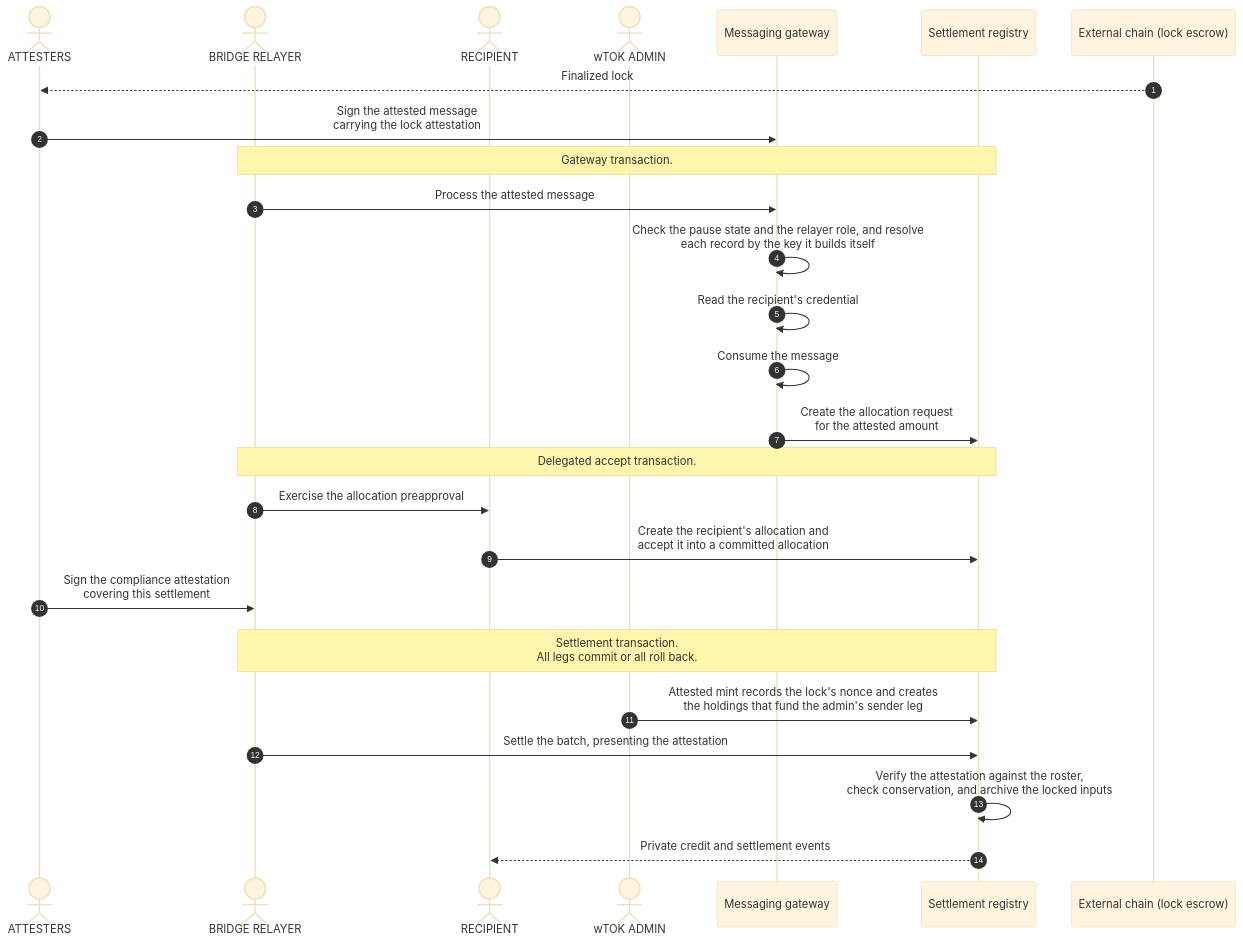
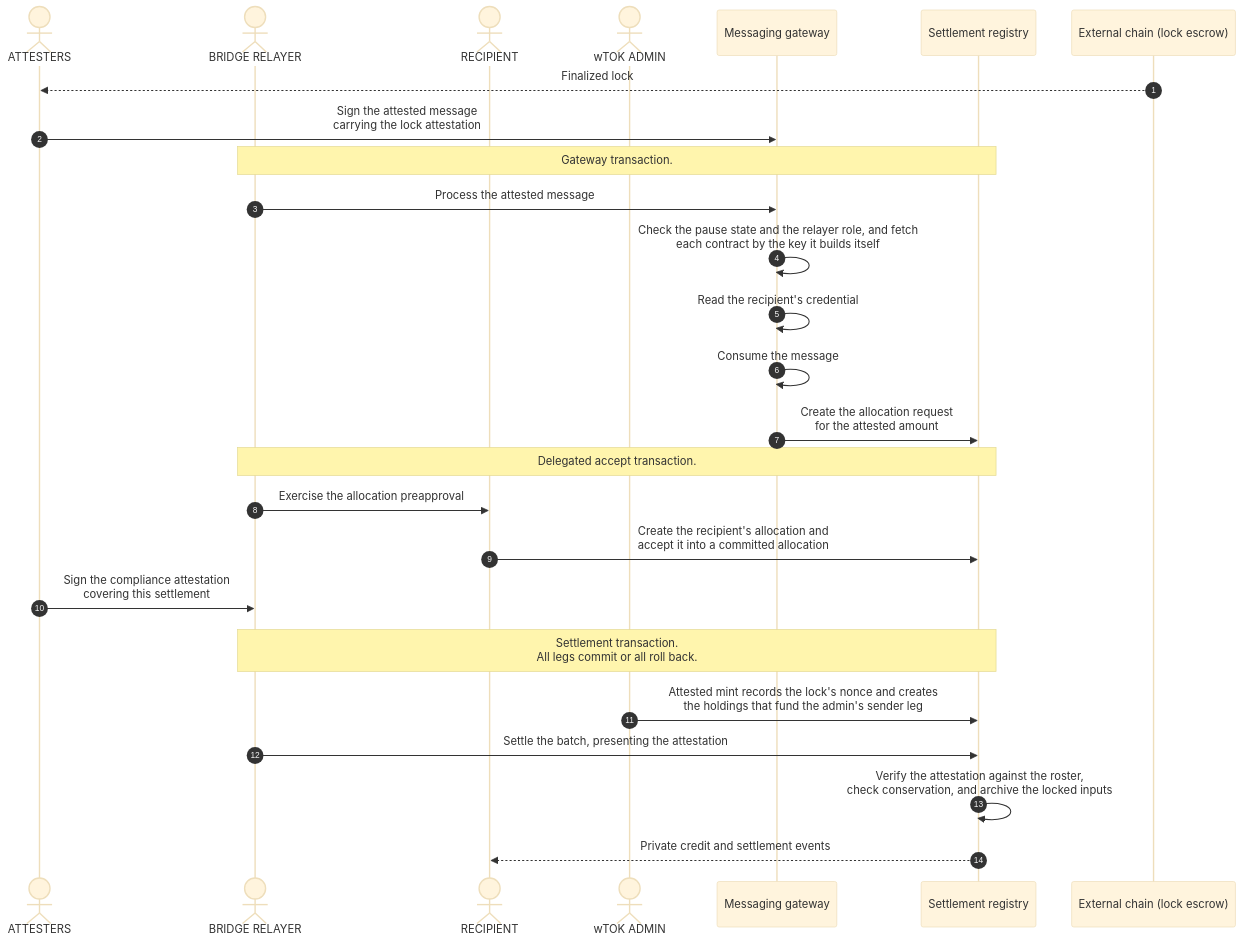
Before and after one commit to OpenZeppelin/canton-specs: the first of 4 diagrams in docs/reference-architectures/cross-chain-stablecoin.md, drawn with Mermaid (base theme). The commit also changed other lines of this file, not shown here.

````diff
--- a/docs/reference-architectures/cross-chain-stablecoin.md
+++ b/docs/reference-architectures/cross-chain-stablecoin.md
@@ -297,31 +300,31 @@
 ```mermaid
 sequenceDiagram
     autonumber
     actor Attesters as ATTESTERS
     actor Relayer as BRIDGE RELAYER
     actor Recipient as RECIPIENT
     actor Admin as wTOK ADMIN
     participant App as Messaging gateway
     participant Registry as Settlement registry
     participant Chain as External chain (lock escrow)
 
     Chain-->>Attesters: Finalized lock
     Attesters->>App: Sign the attested message<br/>carrying the lock attestation
     Note over Relayer,Registry: Gateway transaction.
     Relayer->>App: Process the attested message
-    App->>App: Check the pause state and the relayer role, and resolve<br/>each record by the key it builds itself
+    App->>App: Check the pause state and the relayer role, and fetch<br/>each contract by the key it builds itself
     App->>App: Read the recipient's credential
     App->>App: Consume the message
     App->>Registry: Create the allocation request<br/>for the attested amount
     Note over Relayer,Registry: Delegated accept transaction.
     Relayer->>Recipient: Exercise the allocation preapproval
     Recipient->>Registry: Create the recipient's allocation and<br/>accept it into a committed allocation
     Attesters->>Relayer: Sign the compliance attestation<br/>covering this settlement
     rect rgba(255, 255, 255, .1)
         Note over Relayer,Registry: Settlement transaction.<br/>All legs commit or all roll back.
         Admin->>Registry: Attested mint records the lock's nonce and creates<br/>the holdings that fund the admin's sender leg
         Relayer->>Registry: Settle the batch, presenting the attestation
         Registry->>Registry: Verify the attestation against the roster,<br/>check conservation, and archive the locked inputs
         Registry-->>Recipient: Private credit and settlement events
     end
 ```
````
